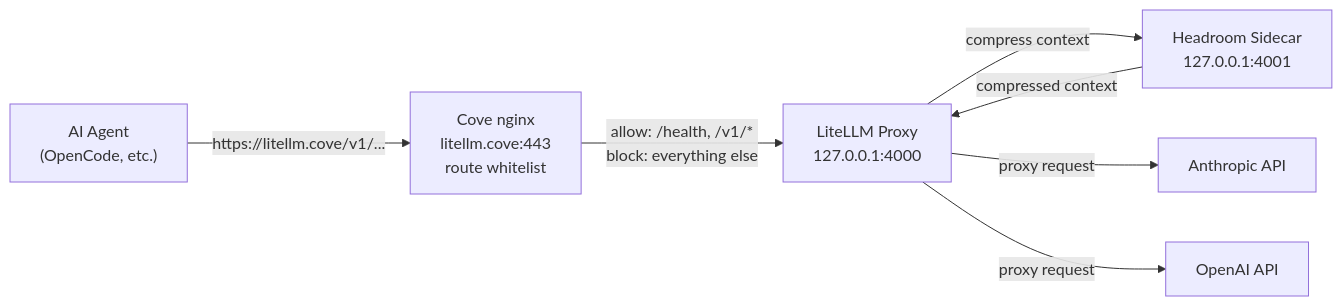
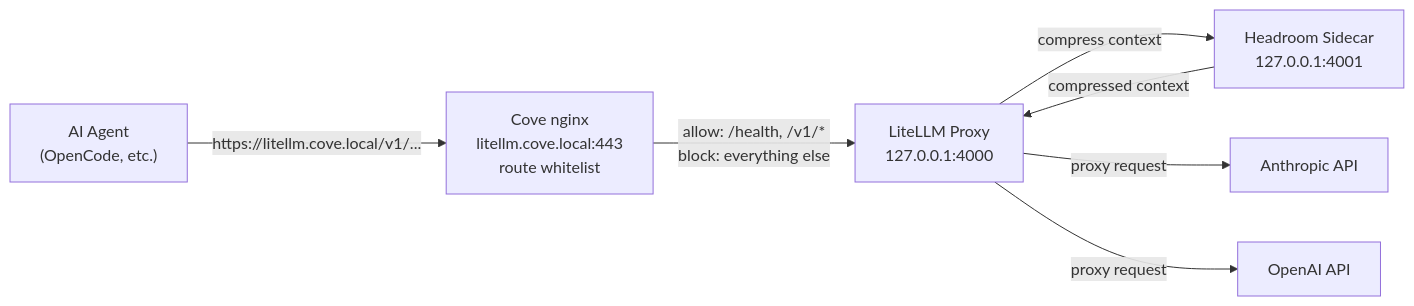
Before and after one commit to cristoslc/cove: the diagram in docs/litellm-proxy.md, drawn with Mermaid. The commit also changed other lines of this file and 15 other files, not shown here.

Commit message:
Phase 2: migrate primary domain to *.cove.local

````diff
--- a/docs/litellm-proxy.md
+++ b/docs/litellm-proxy.md
@@ -101,16 +101,16 @@
 ```mermaid
 flowchart LR
     Agent["AI Agent\n(OpenCode, etc.)"]
-    Nginx["Cove nginx\nlitellm.cove:443\nroute whitelist"]
+    Nginx["Cove nginx\nlitellm.cove.local:443\nroute whitelist"]
     Proxy["LiteLLM Proxy\n127.0.0.1:4000"]
     Headroom["Headroom Sidecar\n127.0.0.1:4001"]
     Anthropic["Anthropic API"]
     OpenAI["OpenAI API"]
 
-    Agent -->|https://litellm.cove/v1/...| Nginx
+    Agent -->|https://litellm.cove.local/v1/...| Nginx
     Nginx -->|"allow: /health, /v1/*\nblock: everything else"| Proxy
     Proxy -->|compress context| Headroom
     Proxy -->|proxy request| Anthropic
     Proxy -->|proxy request| OpenAI
     Headroom -->|compressed context| Proxy
 ```
````
